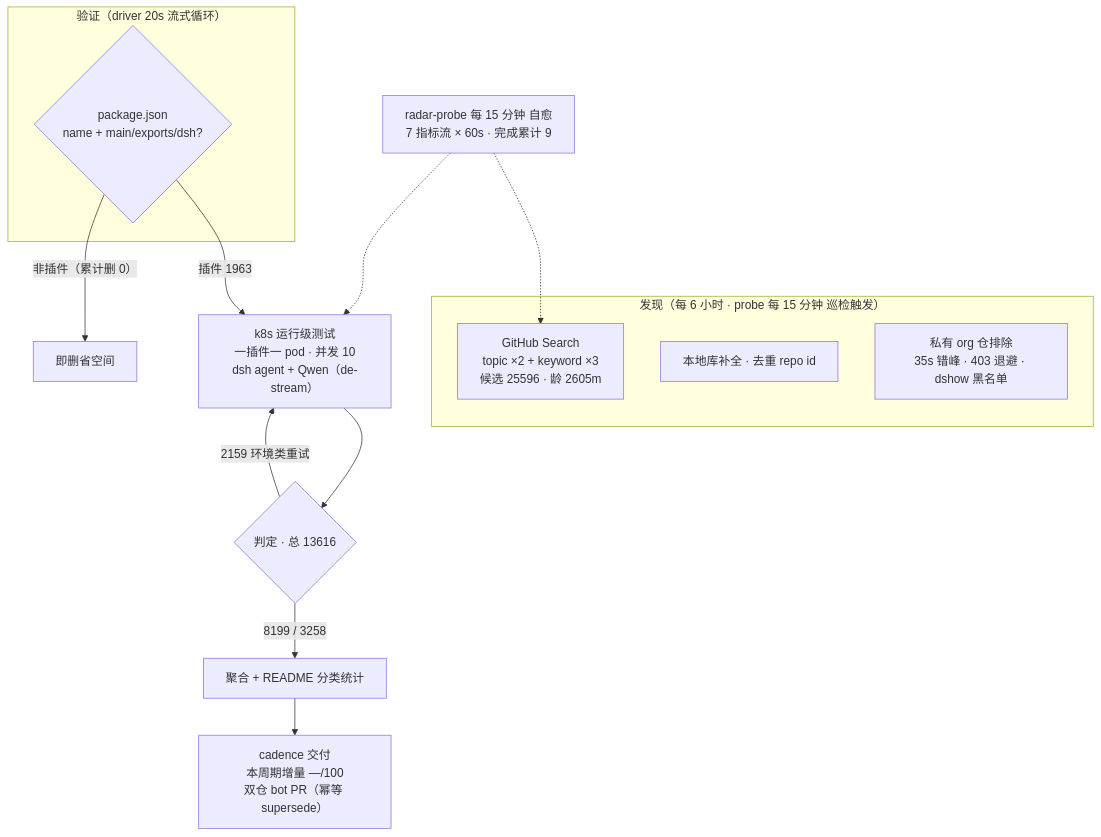
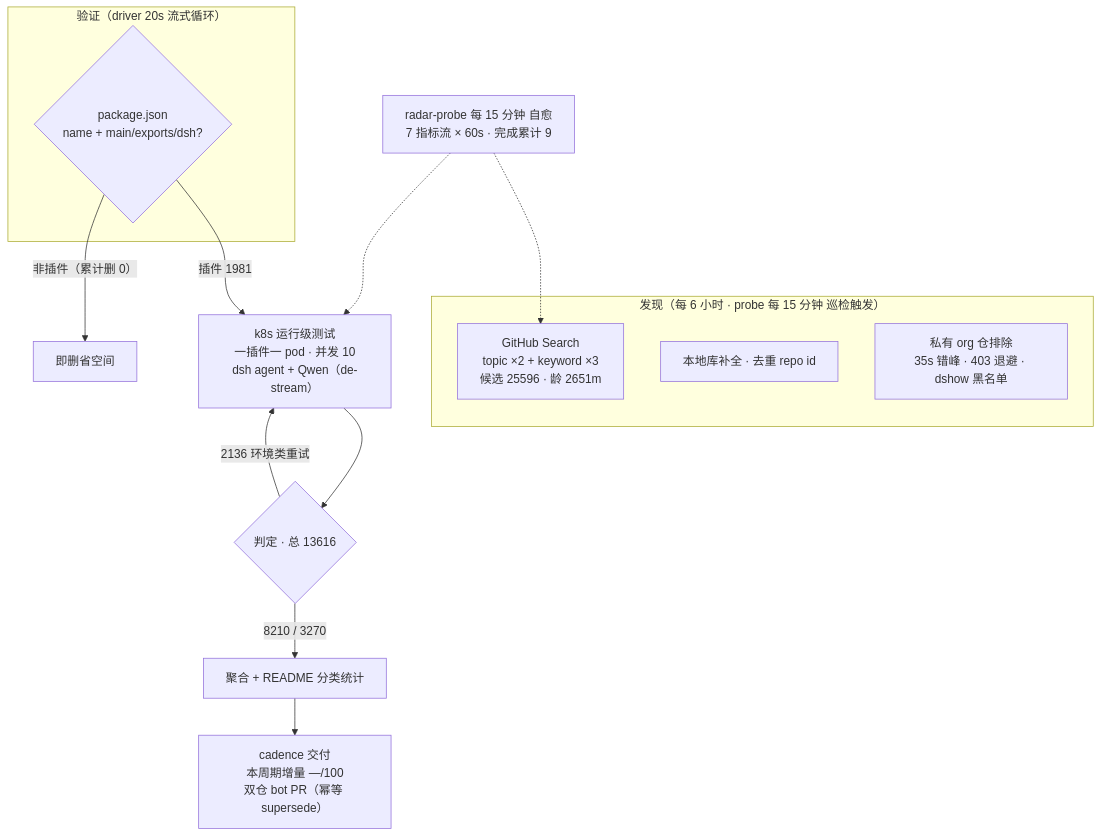
The diagram in README.md (Zhidao-Lab-OSS/awesome-dsh-plugins), drawn with Mermaid before and after one commit. The commit also changed other lines of this file and 1 other file, not shown here.

````diff
--- a/README.md
+++ b/README.md
@@ -54,20 +54,20 @@
 ```mermaid
 flowchart TB
     subgraph Discovery["发现（每 6 小时 · probe 每 15 分钟 巡检触发）"]
-        A1["GitHub Search<br/>topic ×2 + keyword ×3<br/>候选 25596 · 龄 2605m"]
+        A1["GitHub Search<br/>topic ×2 + keyword ×3<br/>候选 25596 · 龄 2651m"]
         A2["本地库补全 · 去重 repo id"]
         A3["私有 org 仓排除<br/>35s 错峰 · 403 退避 · dshow 黑名单"]
     end
     subgraph Validation["验证（driver 20s 流式循环）"]
         B1{"package.json<br/>name + main/exports/dsh?"}
     end
-    B1 -->|"插件 1963"| C1["k8s 运行级测试<br/>一插件一 pod · 并发 10<br/>dsh agent + Qwen（de-stream）"]
+    B1 -->|"插件 1981"| C1["k8s 运行级测试<br/>一插件一 pod · 并发 10<br/>dsh agent + Qwen（de-stream）"]
     B1 -->|"非插件（累计删 0）"| B3["即删省空间"]
     C1 --> D1{"判定 · 总 13616"}
-    D1 -->|"8199 / 3258"| E1["聚合 + README 分类统计"]
-    D1 -->|"2159 环境类重试"| C1
+    D1 -->|"8210 / 3270"| E1["聚合 + README 分类统计"]
+    D1 -->|"2136 环境类重试"| C1
     E1 --> E2["cadence 交付<br/>本周期增量 —/100<br/>双仓 bot PR（幂等 supersede）"]
     M["radar-probe 每 15 分钟 自愈<br/>7 指标流 × 60s · 完成累计 9"]
     M -.-> A1
     M -.-> C1
 ```
````
